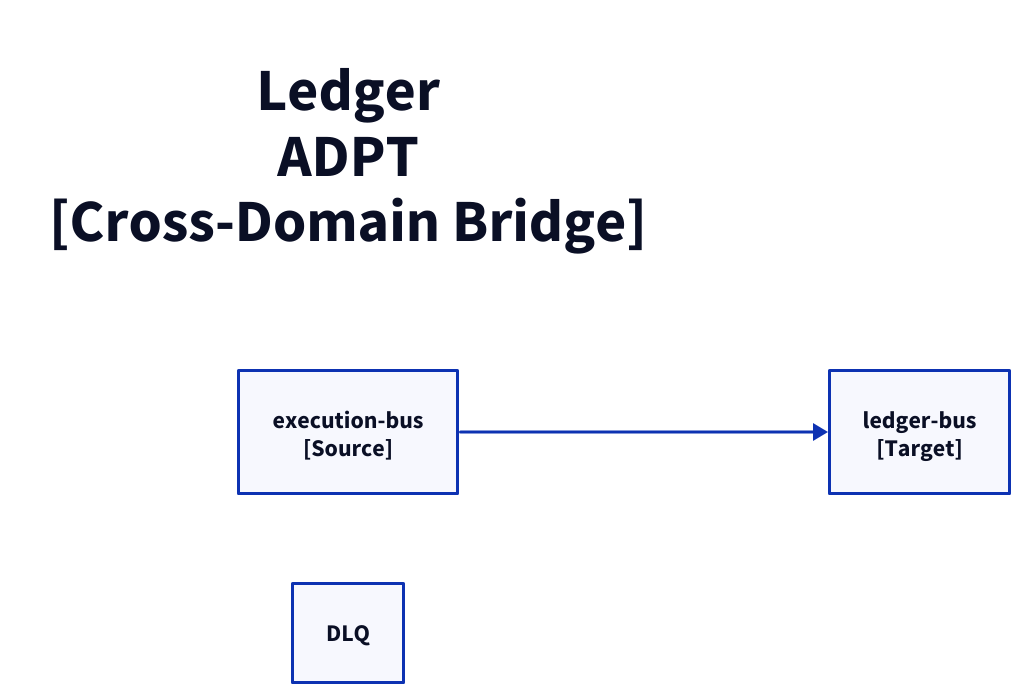
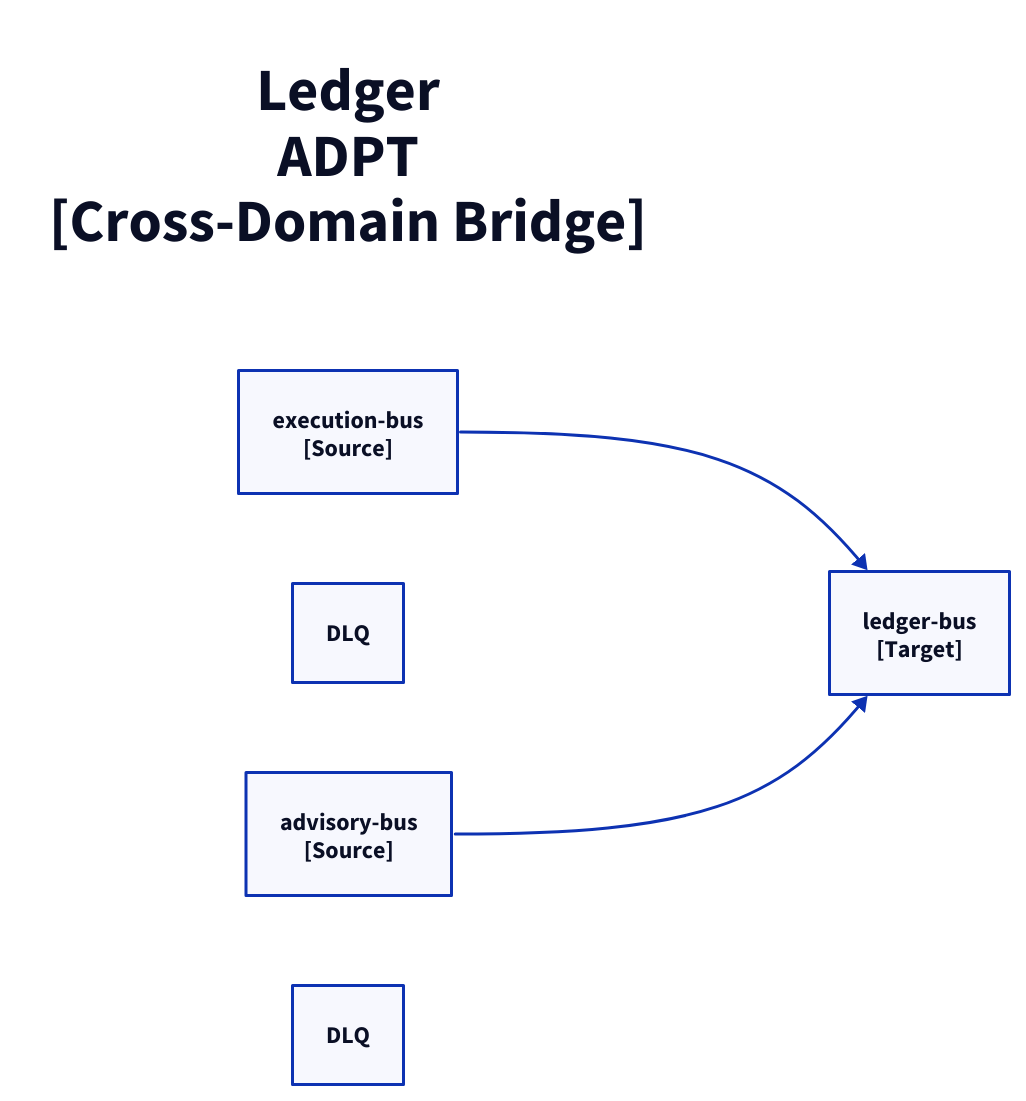
Before and after one commit to fabio-vitali/nestfolio: the diagram in docs/architecture/c3/ledger-adpt.d2, drawn with D2. The commit also changed 41 other files, not shown here.

First line of the commit message:
docs: regenerate C4 diagrams and data-flow docs

```diff
--- a/docs/architecture/c3/ledger-adpt.d2
+++ b/docs/architecture/c3/ledger-adpt.d2
@@ -1,13 +1,17 @@
 direction: right
 
 title: "Ledger\nADPT\n[Cross-Domain Bridge]" {
   style: { font-size: 40; bold: true; fill: transparent; stroke: transparent }
 }
 
 target: "ledger-bus\n[Target]" { class: aws-eventbridge }
 
 ledger-ingress-from-execution: "execution-bus\n[Source]" { class: aws-eventbridge }
 ledger-ingress-from-execution-dlq: "DLQ" { class: aws-dlq }
 ledger-ingress-from-execution -> target
 
+ledger-ingress-from-advisory: "advisory-bus\n[Source]" { class: aws-eventbridge }
+ledger-ingress-from-advisory-dlq: "DLQ" { class: aws-dlq }
+ledger-ingress-from-advisory -> target
+
 # Flows
```
